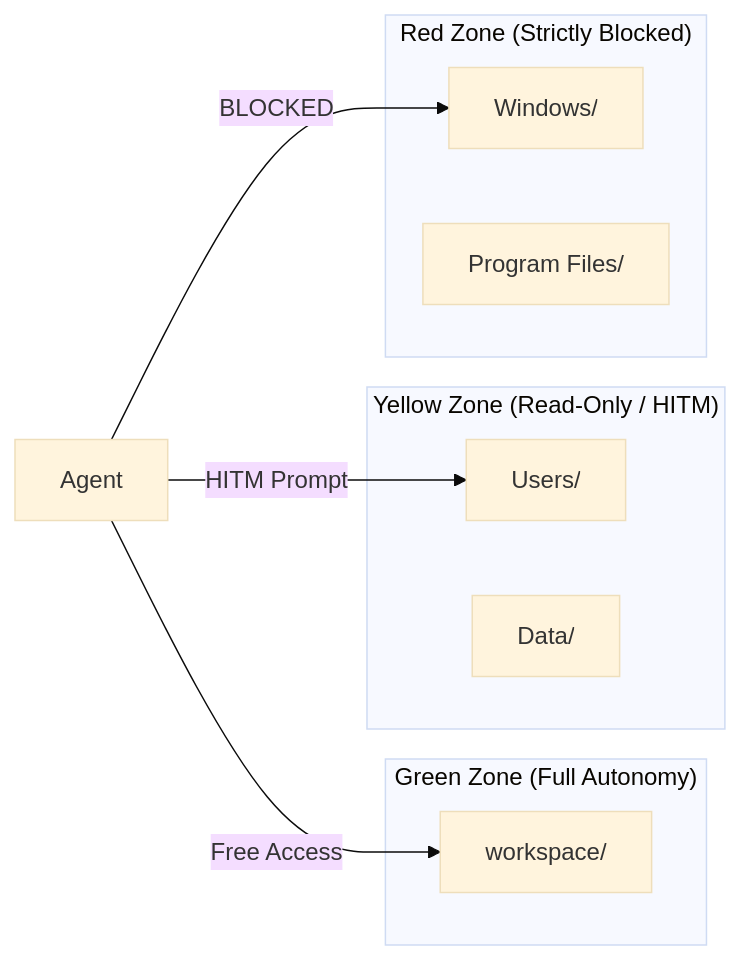
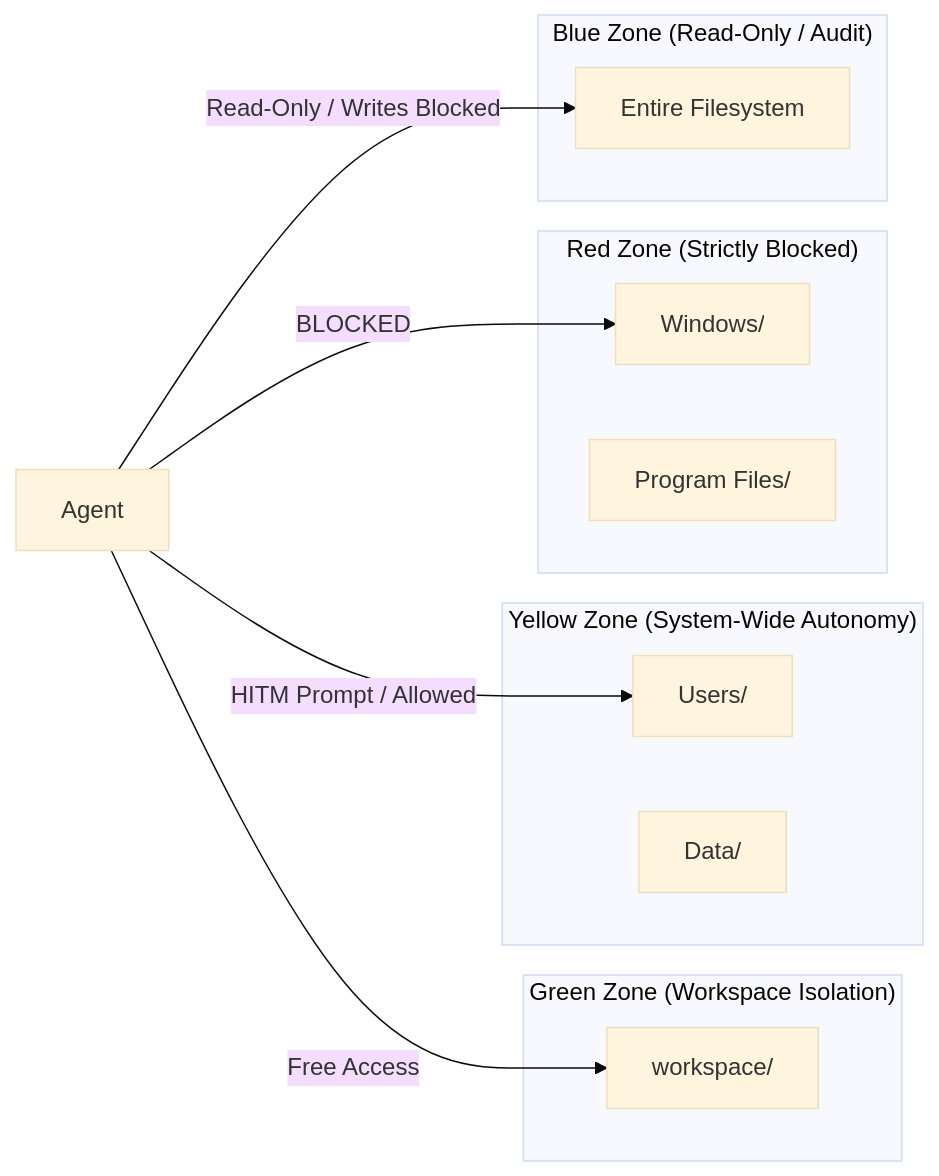
The third of 4 diagrams in docs/visual_index.md (shrs425p/AgenticOS), drawn with Mermaid (base theme) before and after one commit. The commit also changed other lines of this file and 56 other files, not shown here.

````diff
--- a/docs/visual_index.md
+++ b/docs/visual_index.md
@@ -56,18 +56,22 @@
 ```mermaid
 graph LR
-    subgraph "Green Zone (Full Autonomy)"
+    subgraph "Green Zone (Workspace Isolation)"
         W[workspace/]
     end
-    subgraph "Yellow Zone (Read-Only / HITM)"
+    subgraph "Yellow Zone (System-Wide Autonomy)"
         U[Users/]
         D[Data/]
     end
     subgraph "Red Zone (Strictly Blocked)"
         Win[Windows/]
         PF[Program Files/]
     end
+    subgraph "Blue Zone (Read-Only / Audit)"
+        RO[Entire Filesystem]
+    end
     
     Agent -->|Free Access| W
-    Agent -->|HITM Prompt| U
+    Agent -->|HITM Prompt / Allowed| U
     Agent -->|BLOCKED| Win
+    Agent -->|Read-Only / Writes Blocked| RO
 ```
````
